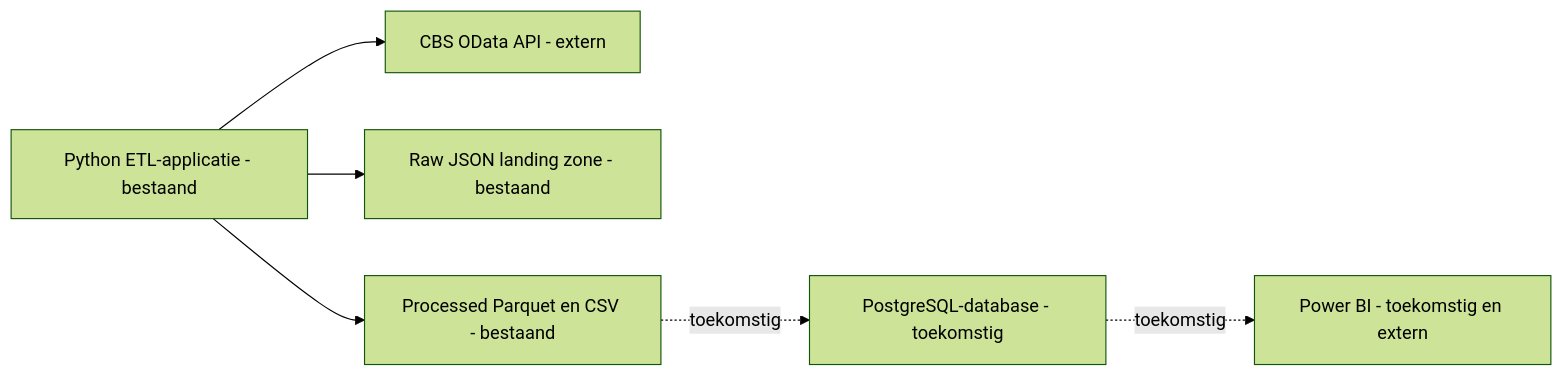
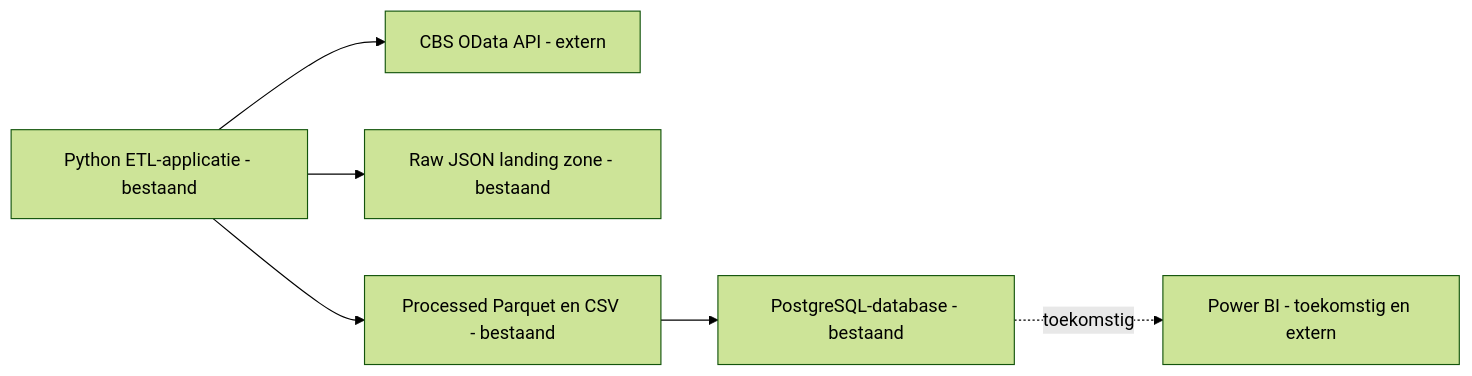
Before and after one commit to salahooo/gemeente-data-platform: the second of 8 diagrams in docs/architecture.md, drawn with Mermaid (forest theme). The commit also changed other lines of this file and 25 other files, not shown here.

````diff
--- a/docs/architecture.md
+++ b/docs/architecture.md
@@ -25,8 +24,8 @@
 ```mermaid
 flowchart LR
     etl[Python ETL-applicatie - bestaand] --> cbs[CBS OData API - extern]
     etl --> raw[Raw JSON landing zone - bestaand]
     etl --> processed[Processed Parquet en CSV - bestaand]
-    processed -. toekomstig .-> postgres[PostgreSQL-database - toekomstig]
+    processed --> postgres[PostgreSQL-database - bestaand]
     postgres -. toekomstig .-> powerbi[Power BI - toekomstig en extern]
 ```
````
